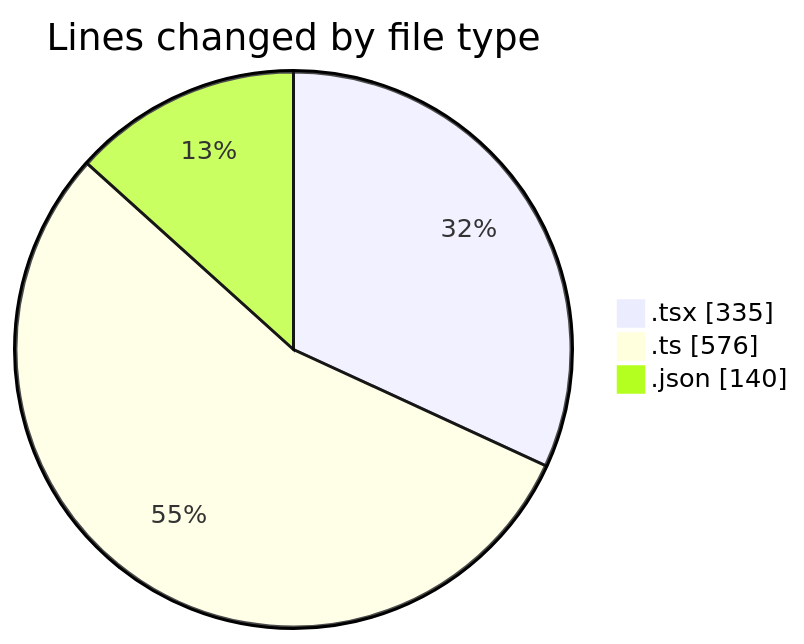
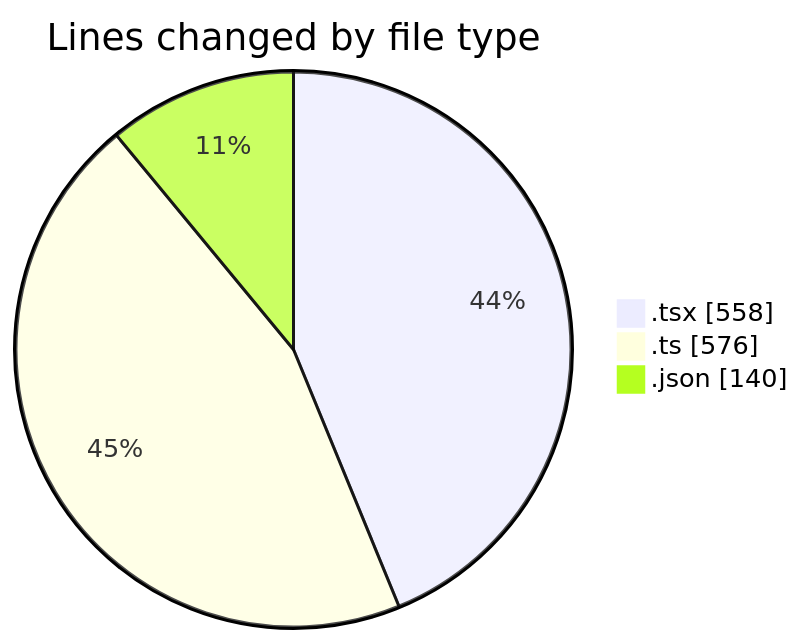
Before and after one commit to momahboobian/code-tracking: the first of 2 diagrams in 2026-03-27/cda/README.md, drawn with Mermaid. The commit also changed other lines of this file and 1 other file, not shown here.

````diff
--- a/2026-03-27/cda/README.md
+++ b/2026-03-27/cda/README.md
@@ -25,7 +26,7 @@
 ```mermaid
 pie showData
 title Lines changed by file type
-".tsx" : 335
+".tsx" : 558
 ".ts" : 576
 ".json" : 140
 ```
````
